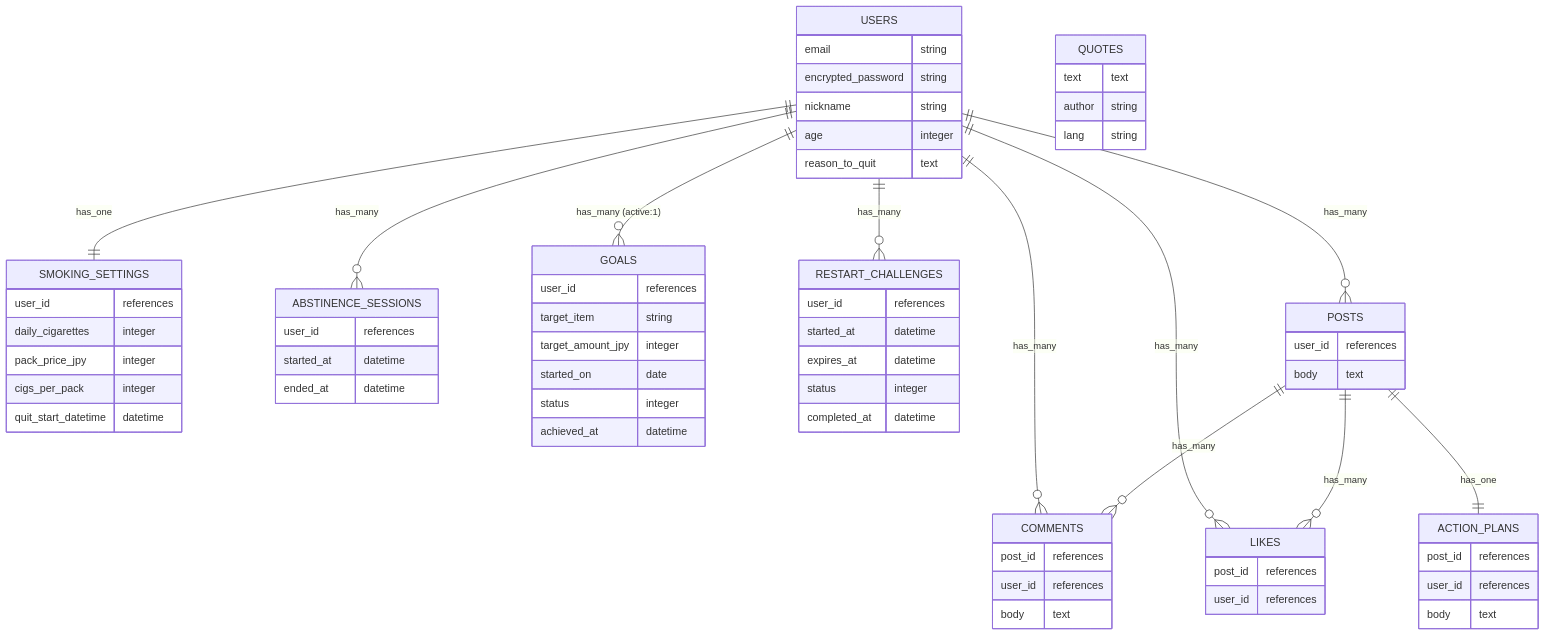
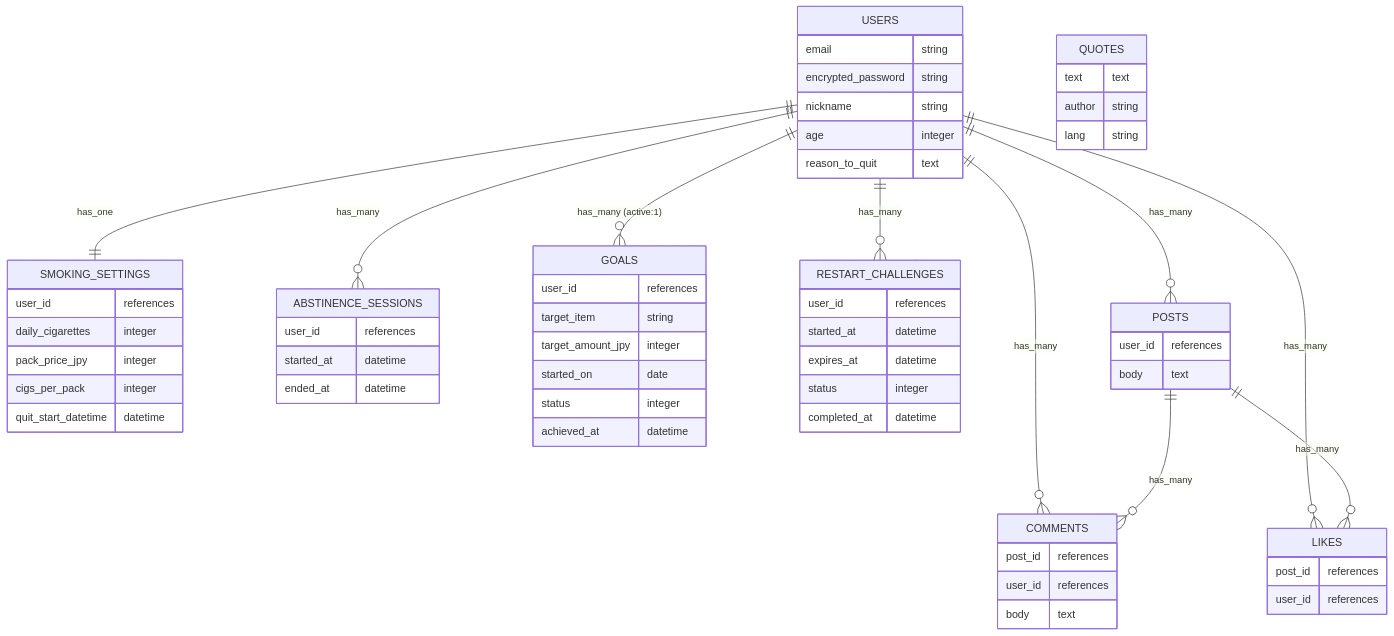
One commit to ryuta-takayama/smoke-free changed the diagram in README.md. Above: the diagram before and after it, drawn with Mermaid. The commit also changed other lines of this file and 10 other files, not shown here.

````diff
--- a/README.md
+++ b/README.md
@@ -159,83 +145,76 @@
 ```mermaid
 erDiagram
 
   USERS ||--|| SMOKING_SETTINGS : "has_one"
   USERS ||--o{ ABSTINENCE_SESSIONS : "has_many"
   USERS ||--o{ GOALS : "has_many (active:1)"
   USERS ||--o{ RESTART_CHALLENGES : "has_many"
   USERS ||--o{ POSTS : "has_many"
   USERS ||--o{ COMMENTS : "has_many"
   USERS ||--o{ LIKES : "has_many"
 
   POSTS ||--o{ COMMENTS : "has_many"
   POSTS ||--o{ LIKES : "has_many"
-  POSTS ||--|| ACTION_PLANS : "has_one"
 
   USERS {
     email string
     encrypted_password string
     nickname string
     age integer
     reason_to_quit text
   }
 
   SMOKING_SETTINGS {
     user_id references
     daily_cigarettes integer
     pack_price_jpy integer
     cigs_per_pack integer
     quit_start_datetime datetime
   }
 
   ABSTINENCE_SESSIONS {
     user_id references
     started_at datetime
     ended_at datetime
   }
 
   GOALS {
     user_id references
     target_item string
     target_amount_jpy integer
     started_on date
     status integer
     achieved_at datetime
   }
 
   RESTART_CHALLENGES {
     user_id references
     started_at datetime
     expires_at datetime
     status integer
     completed_at datetime
   }
 
   POSTS {
     user_id references
     body text
   }
 
-  ACTION_PLANS {
-    post_id references
-    user_id references
-    body text
-  }
-
   COMMENTS {
     post_id references
     user_id references
     body text
   }
 
   LIKES {
     post_id references
     user_id references
   }
 
   QUOTES {
     text text
     author string
     lang string
   }
 
 ```
````
